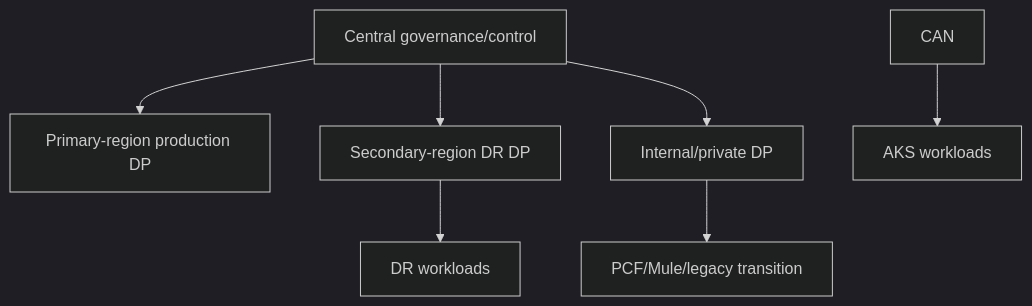
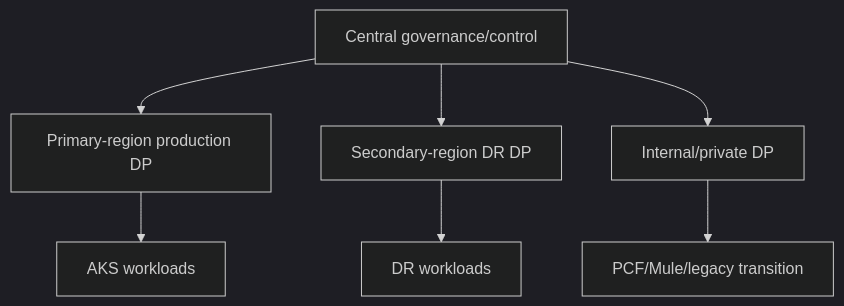
The diagram in architecture/diagrams/hybrid-data-plane.mmd (tomqwu/apim), drawn with Mermaid (dark theme) before and after one commit. The commit also changed 48 other files, not shown here.

```diff
--- a/architecture/diagrams/hybrid-data-plane.mmd
+++ b/architecture/diagrams/hybrid-data-plane.mmd
@@ -1,7 +1,7 @@
 flowchart TB
   CP["Central governance/control"] --> PRI["Primary-region production DP"]
   CP --> DR["Secondary-region DR DP"]
   CP --> INT["Internal/private DP"]
-  CAN --> AKS1["AKS workloads"]
+  PRI --> AKS1["AKS workloads"]
   DR --> AKS2["DR workloads"]
   INT --> PCF["PCF/Mule/legacy transition"]
```
